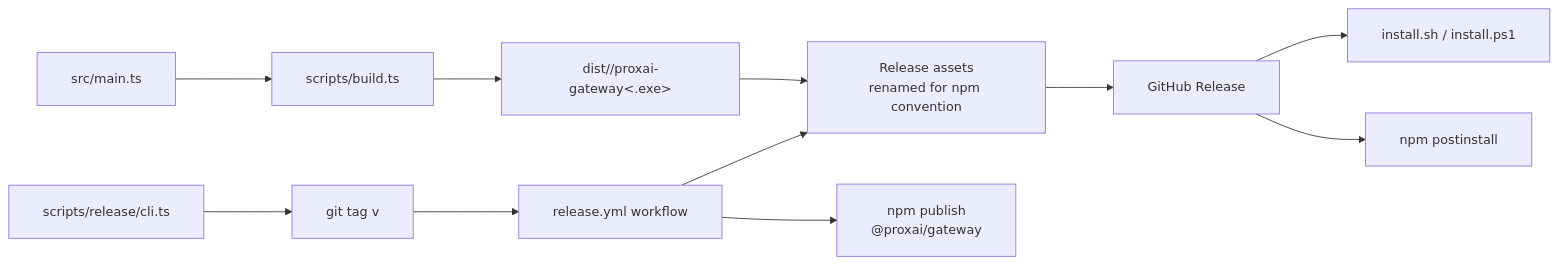
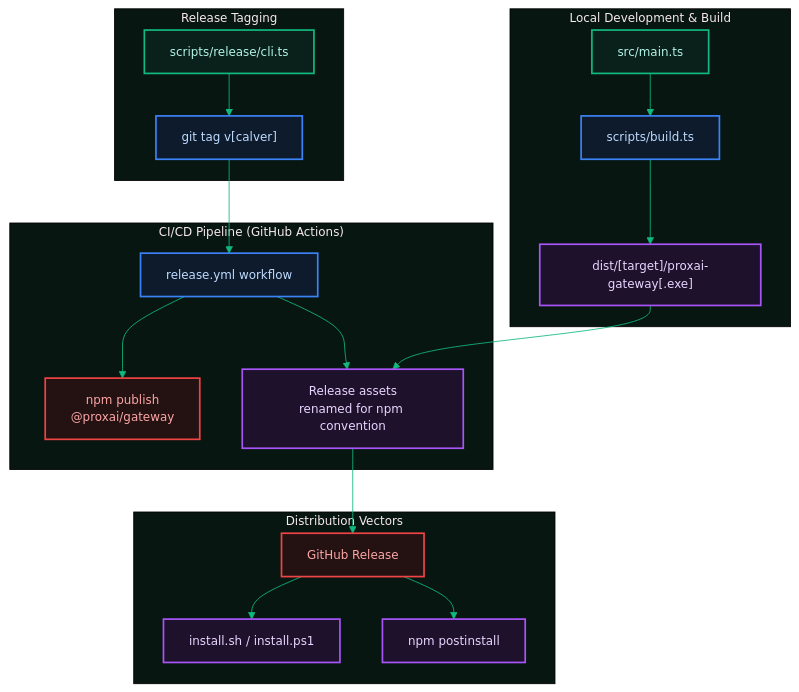
One commit to proxai/proxai_gateway changed the diagram in docs/07-platform-and-deployment/7.3-build-and-release.md. Above: the diagram before and after it, drawn with Mermaid. The commit also changed other lines of this file and 65 other files, not shown here.

````diff
--- a/docs/07-platform-and-deployment/7.3-build-and-release.md
+++ b/docs/07-platform-and-deployment/7.3-build-and-release.md
@@ -7,14 +9,51 @@
 ```mermaid
-%%{init: {'flowchart': {'useMaxWidth': false, 'htmlLabels': true, 'curve': 'basis', 'nodeSpacing': 60, 'rankSpacing': 80, 'padding': 20}, 'sequence': {'useMaxWidth': false, 'mirrorActors': false, 'actorMargin': 100, 'messageMargin': 50, 'boxMargin': 20, 'wrap': true}, 'stateDiagram': {'useMaxWidth': false, 'nodeSpacing': 60, 'rankSpacing': 80}, 'themeVariables': {'fontSize': '15px'}}}%%
-flowchart LR
-  src[src/main.ts] --> build[scripts/build.ts]
-  build --> dist[dist/<target>/proxai-gateway<.exe>]
-  dist --> assets[Release assets<br/>renamed for npm convention]
-  cli[scripts/release/cli.ts] --> tag[git tag v<calver>]
-  tag --> ghw[release.yml workflow]
+%%{init: {'theme': 'base', 'flowchart': {'useMaxWidth': false, 'htmlLabels': true, 'curve': 'basis', 'nodeSpacing': 50, 'rankSpacing': 50, 'padding': 15}, 'themeVariables': {'background': '#081612', 'primaryColor': '#081612', 'primaryTextColor': '#e0fdf5', 'primaryBorderColor': '#10b981', 'lineColor': '#10b981', 'secondaryColor': '#0a201b', 'tertiaryColor': '#081612', 'fontSize': '14px'}}}%%
+flowchart TD
+  subgraph LocalDev ["Local Development & Build"]
+    src["src/main.ts"] --> build["scripts/build.ts"]
+    build --> dist["dist/[target]/proxai-gateway[.exe]"]
+  end
+
+  subgraph TagFlow ["Release Tagging"]
+    cli["scripts/release/cli.ts"] --> tag["git tag v[calver]"]
+  end
+
+  subgraph CI ["CI/CD Pipeline (GitHub Actions)"]
+    ghw["release.yml workflow"]
+    npmpub["npm publish<br/>@proxai/gateway"]
+    assets["Release assets<br/>renamed for npm convention"]
+  end
+
+  subgraph Dist ["Distribution Vectors"]
+    release["GitHub Release"]
+    curlbash["install.sh / install.ps1"]
+    npmpost["npm postinstall"]
+  end
+
+  tag --> ghw
+  dist --> assets
   ghw --> assets
-  assets --> release[GitHub Release]
-  release --> curlbash[install.sh / install.ps1]
-  release --> npmpost[npm postinstall]
-  ghw --> npmpub[npm publish<br/>@proxai/gateway]
+  ghw --> npmpub
+  assets --> release
+  release --> curlbash
+  release --> npmpost
+
+  classDef startNode fill:#0a201b,stroke:#10b981,stroke-width:2px,color:#b3f5e6;
+  classDef stopNode fill:#241212,stroke:#ef4444,stroke-width:2px,color:#fca5a5;
+  classDef decNode fill:#241c0e,stroke:#f59e0b,stroke-width:2px,color:#fde68a;
+  classDef processNode fill:#0d1b2d,stroke:#3b82f6,stroke-width:2px,color:#bfdbfe;
+  classDef actionNode fill:#1e112c,stroke:#a855f7,stroke-width:2px,color:#e9d5ff;
+  classDef default fill:#0a201b,stroke:#14b8a6,stroke-width:2px,color:#ccfbf1;
+
+  class src startNode;
+  class cli startNode;
+  class build processNode;
+  class tag processNode;
+  class ghw processNode;
+  class dist actionNode;
+  class assets actionNode;
+  class curlbash actionNode;
+  class npmpost actionNode;
+  class release stopNode;
+  class npmpub stopNode;
 ```
````
